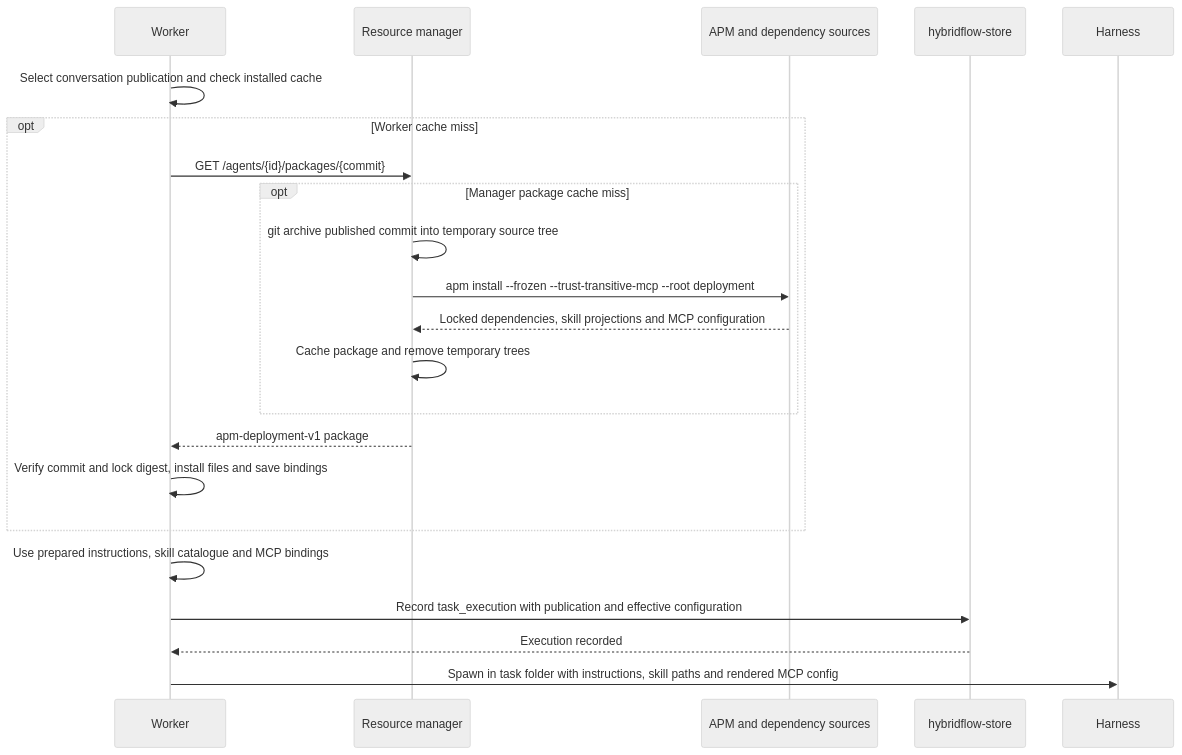
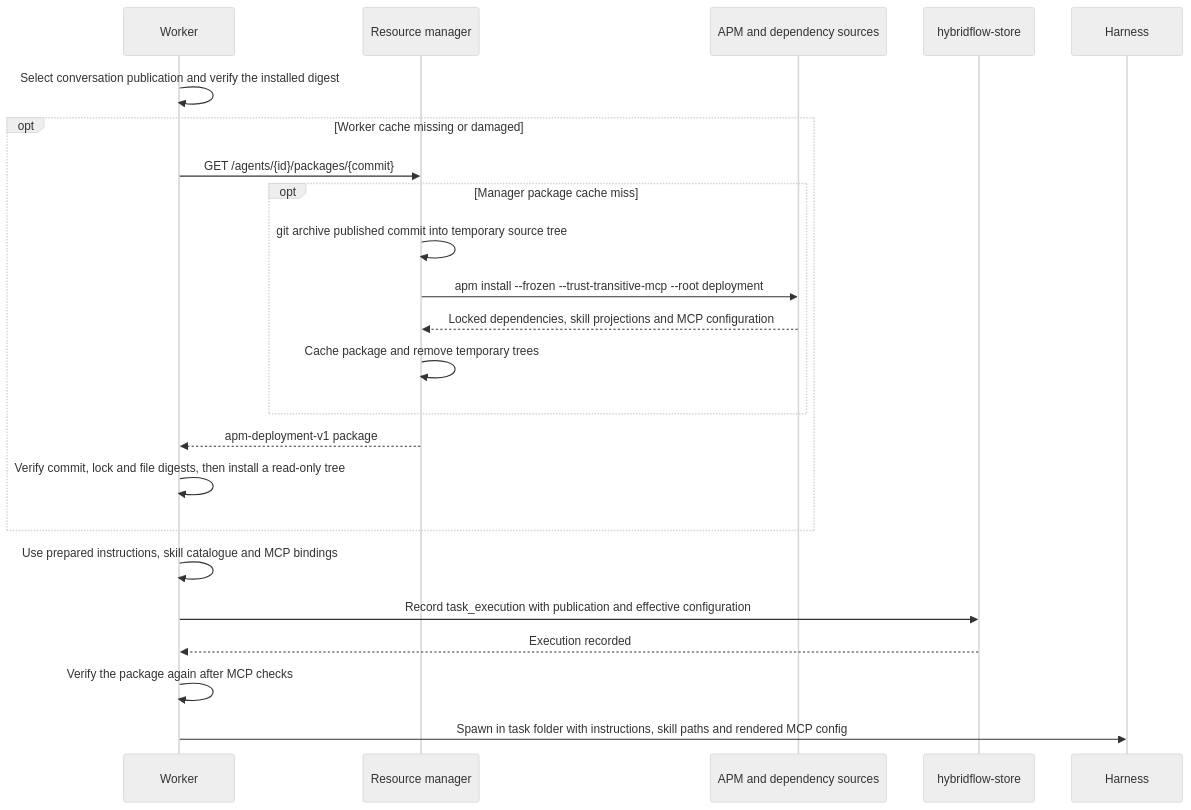
One commit to kiao-lp/kiao changed the diagram in docs/solution-design/agentic-resources.md. Above: the diagram before and after it, drawn with Mermaid (neutral theme). The commit also changed other lines of this file and 981 other files, not shown here.

````diff
--- a/docs/solution-design/agentic-resources.md
+++ b/docs/solution-design/agentic-resources.md
@@ -86,24 +95,25 @@
 ```mermaid
 sequenceDiagram
     participant W as Worker
     participant M as Resource manager
     participant A as APM and dependency sources
     participant B as hybridflow-store
     participant H as Harness
-    W->>W: Select conversation publication and check installed cache
-    opt Worker cache miss
+    W->>W: Select conversation publication and verify the installed digest
+    opt Worker cache missing or damaged
         W->>M: GET /agents/{id}/packages/{commit}
         opt Manager package cache miss
             M->>M: git archive published commit into temporary source tree
             M->>A: apm install --frozen --trust-transitive-mcp --root deployment
             A-->>M: Locked dependencies, skill projections and MCP configuration
             M->>M: Cache package and remove temporary trees
         end
         M-->>W: apm-deployment-v1 package
-        W->>W: Verify commit and lock digest, install files and save bindings
+        W->>W: Verify commit, lock and file digests, then install a read-only tree
     end
     W->>W: Use prepared instructions, skill catalogue and MCP bindings
     W->>B: Record task_execution with publication and effective configuration
     B-->>W: Execution recorded
+    W->>W: Verify the package again after MCP checks
     W->>H: Spawn in task folder with instructions, skill paths and rendered MCP config
 ```
````
